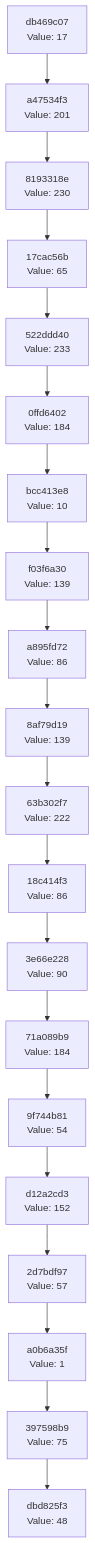
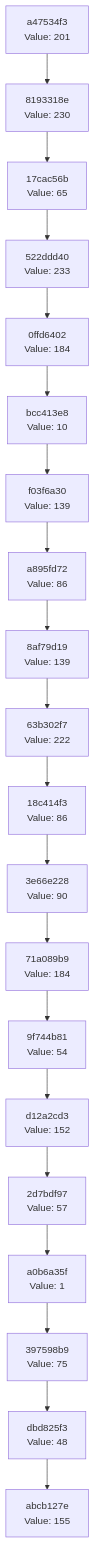
Before and after one commit to Abhisheksinha1506/hash-chain-evolver: the diagram in docs/CHAIN_VISUALIZATION.md, drawn with Mermaid. The commit also changed 2 other files, not shown here.

Commit message:
Evolution Step

````diff
--- a/docs/CHAIN_VISUALIZATION.md
+++ b/docs/CHAIN_VISUALIZATION.md
@@ -3,42 +3,42 @@
 ```mermaid
 graph TD
-    C0["dbd825f3<br/>Value: 48"]
-    C1["397598b9<br/>Value: 75"]
+    C0["abcb127e<br/>Value: 155"]
+    C1["dbd825f3<br/>Value: 48"]
     C1 --> C0
-    C2["a0b6a35f<br/>Value: 1"]
+    C2["397598b9<br/>Value: 75"]
     C2 --> C1
-    C3["2d7bdf97<br/>Value: 57"]
+    C3["a0b6a35f<br/>Value: 1"]
     C3 --> C2
-    C4["d12a2cd3<br/>Value: 152"]
+    C4["2d7bdf97<br/>Value: 57"]
     C4 --> C3
-    C5["9f744b81<br/>Value: 54"]
+    C5["d12a2cd3<br/>Value: 152"]
     C5 --> C4
-    C6["71a089b9<br/>Value: 184"]
+    C6["9f744b81<br/>Value: 54"]
     C6 --> C5
-    C7["3e66e228<br/>Value: 90"]
+    C7["71a089b9<br/>Value: 184"]
     C7 --> C6
-    C8["18c414f3<br/>Value: 86"]
+    C8["3e66e228<br/>Value: 90"]
     C8 --> C7
-    C9["63b302f7<br/>Value: 222"]
+    C9["18c414f3<br/>Value: 86"]
     C9 --> C8
-    C10["8af79d19<br/>Value: 139"]
+    C10["63b302f7<br/>Value: 222"]
     C10 --> C9
-    C11["a895fd72<br/>Value: 86"]
+    C11["8af79d19<br/>Value: 139"]
     C11 --> C10
-    C12["f03f6a30<br/>Value: 139"]
+    C12["a895fd72<br/>Value: 86"]
     C12 --> C11
-    C13["bcc413e8<br/>Value: 10"]
+    C13["f03f6a30<br/>Value: 139"]
     C13 --> C12
-    C14["0ffd6402<br/>Value: 184"]
+    C14["bcc413e8<br/>Value: 10"]
     C14 --> C13
-    C15["522ddd40<br/>Value: 233"]
+    C15["0ffd6402<br/>Value: 184"]
     C15 --> C14
-    C16["17cac56b<br/>Value: 65"]
+    C16["522ddd40<br/>Value: 233"]
     C16 --> C15
-    C17["8193318e<br/>Value: 230"]
+    C17["17cac56b<br/>Value: 65"]
     C17 --> C16
-    C18["a47534f3<br/>Value: 201"]
+    C18["8193318e<br/>Value: 230"]
     C18 --> C17
-    C19["db469c07<br/>Value: 17"]
+    C19["a47534f3<br/>Value: 201"]
     C19 --> C18
 ```
````
